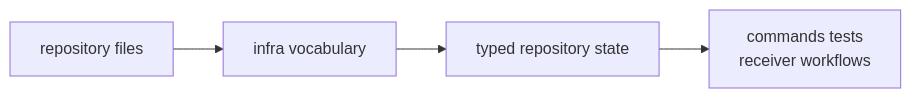
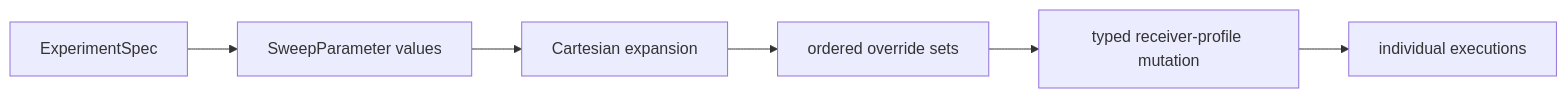
Before and after one commit to bijux/bijux-telecom: the third of 3 diagrams in docs/03-bijux-gnss-infra/foundation/domain-language.md, drawn with Mermaid. The commit also changed other lines of this file and 1 other file, not shown here.

Commit message:
docs(infra): define repository state compatibility

````diff
--- a/docs/03-bijux-gnss-infra/foundation/domain-language.md
+++ b/docs/03-bijux-gnss-infra/foundation/domain-language.md
@@ -17,9 +134,11 @@
 ```mermaid
 flowchart LR
-    repo["repository files"]
-    infra["infra vocabulary"]
-    typed["typed repository state"]
-    users["commands tests<br/>receiver workflows"]
+    spec["ExperimentSpec"]
+    parameters["SweepParameter values"]
+    expansion["Cartesian expansion"]
+    cases["ordered override sets"]
+    apply["typed receiver-profile mutation"]
+    runs["individual executions"]
 
-    repo --> infra --> typed --> users
+    spec --> parameters --> expansion --> cases --> apply --> runs
 ```
````
